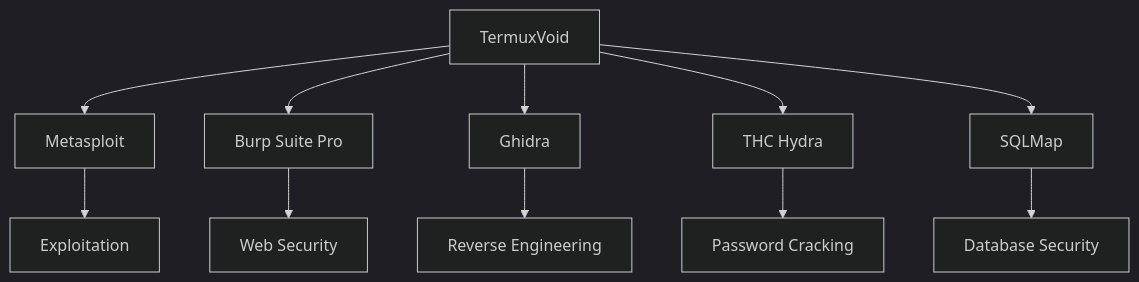
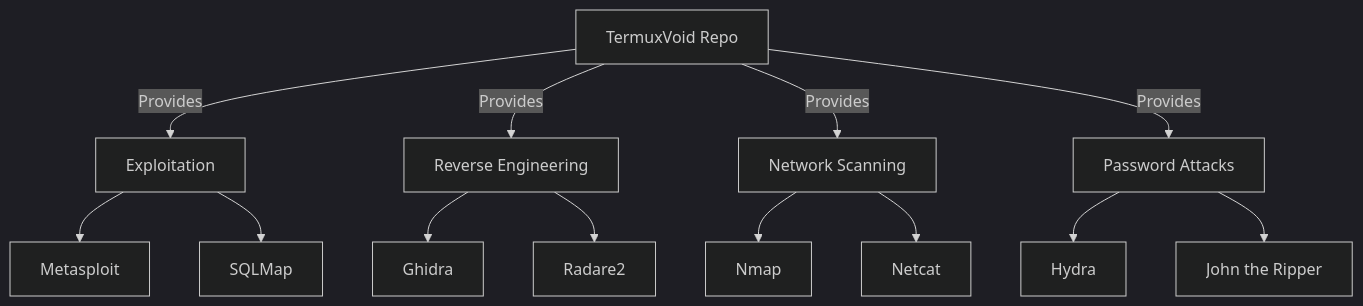
The diagram in README.md (aliheba125/repo), drawn with Mermaid (dark theme) before and after one commit. The commit also changed other lines of this file and 5 other files, not shown here.

````diff
--- a/README.md
+++ b/README.md
@@ -22,13 +62,19 @@
 ```mermaid
 graph TD
-    A[TermuxVoid] --> B[Metasploit]
-    A --> C[Burp Suite Pro]
-    A --> D[Ghidra]
-    A --> E[THC Hydra]
-    A --> F[SQLMap]
-    B --> G[Exploitation]
-    C --> H[Web Security]
-    D --> I[Reverse Engineering]
-    E --> J[Password Cracking]
-    F --> K[Database Security]
+    A[TermuxVoid Repo] -->|Provides| B[Exploitation]
+    A -->|Provides| C[Reverse Engineering]
+    A -->|Provides| D[Network Scanning]
+    A -->|Provides| E[Password Attacks]
+
+    B --> B1[Metasploit]
+    B --> B2[SQLMap]
+
+    C --> C1[Ghidra]
+    C --> C2[Radare2]
+
+    D --> D1[Nmap]
+    D --> D2[Netcat]
+
+    E --> E1[Hydra]
+    E --> E2[John the Ripper]
 ```
````
